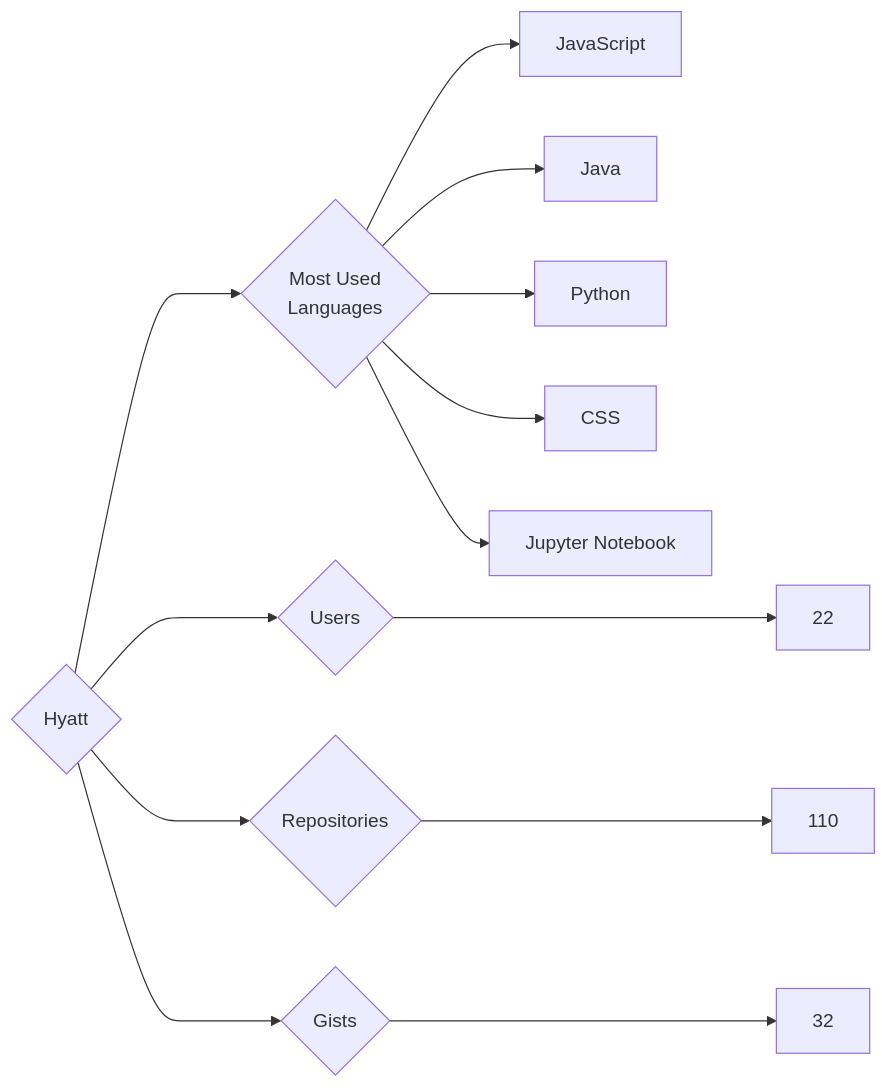
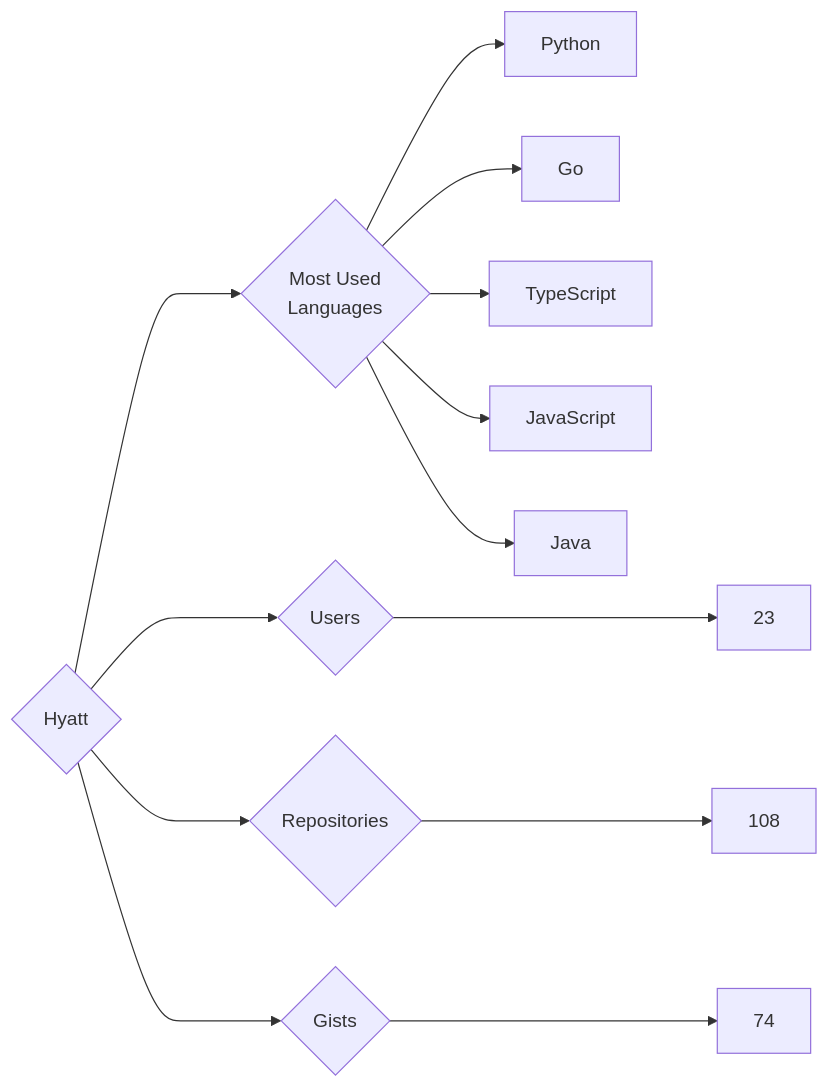
Before and after one commit to trickest/insiders: the diagram in targets/Hyatt/README.md, drawn with Mermaid. The commit also changed 757 other files, not shown here.

````diff
--- a/targets/Hyatt/README.md
+++ b/targets/Hyatt/README.md
@@ -3,13 +3,13 @@
 ```mermaid
 graph LR
 COMPANY_NAME{Hyatt}
-COMPANY_NAME ---> U{Users} ---> UN[22]
-COMPANY_NAME ---> R{Repositories} ---> RN[110]
-COMPANY_NAME ---> G{Gists} ---> GN[32]
+COMPANY_NAME ---> U{Users} ---> UN[23]
+COMPANY_NAME ---> R{Repositories} ---> RN[108]
+COMPANY_NAME ---> G{Gists} ---> GN[74]
 COMPANY_NAME ---> ML{Most Used<br>Languages}
+ML --> Python[Python]
+ML --> Go[Go]
+ML --> TypeScript[TypeScript]
 ML --> JavaScript[JavaScript]
 ML --> Java[Java]
-ML --> Python[Python]
-ML --> CSS[CSS]
-ML --> Jupyter_Notebook[Jupyter Notebook]
 ```
````
